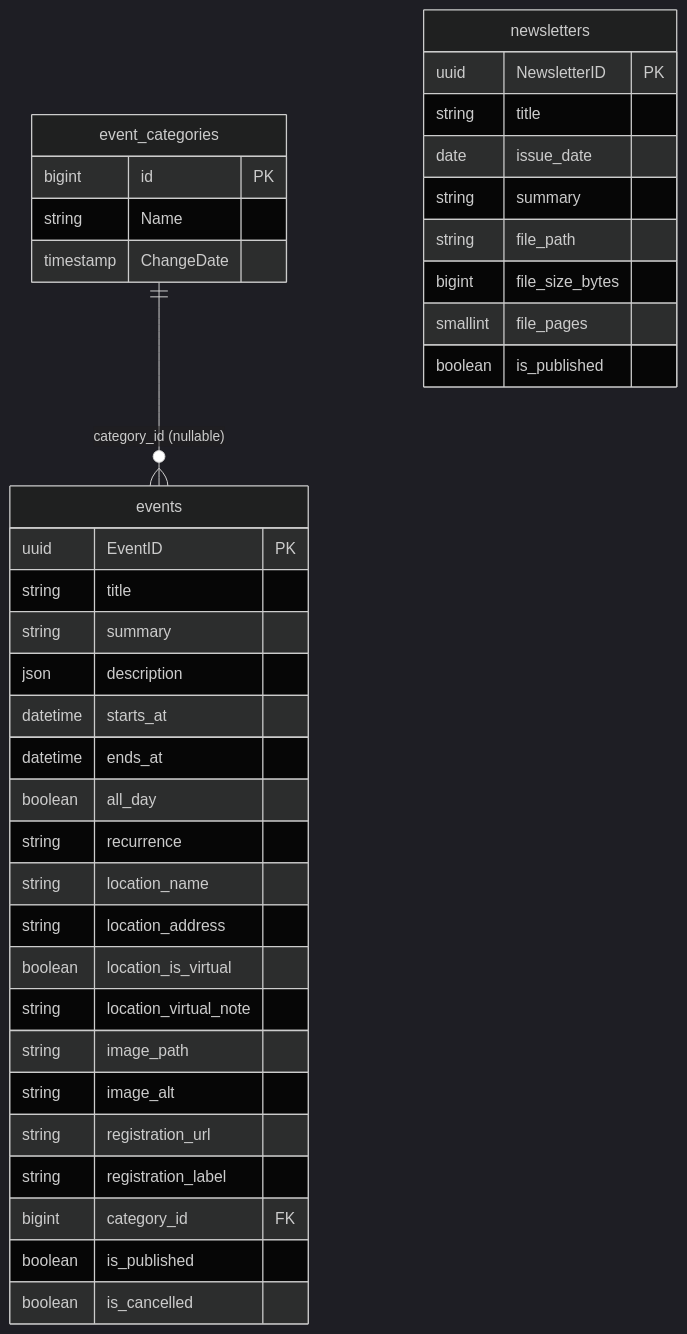
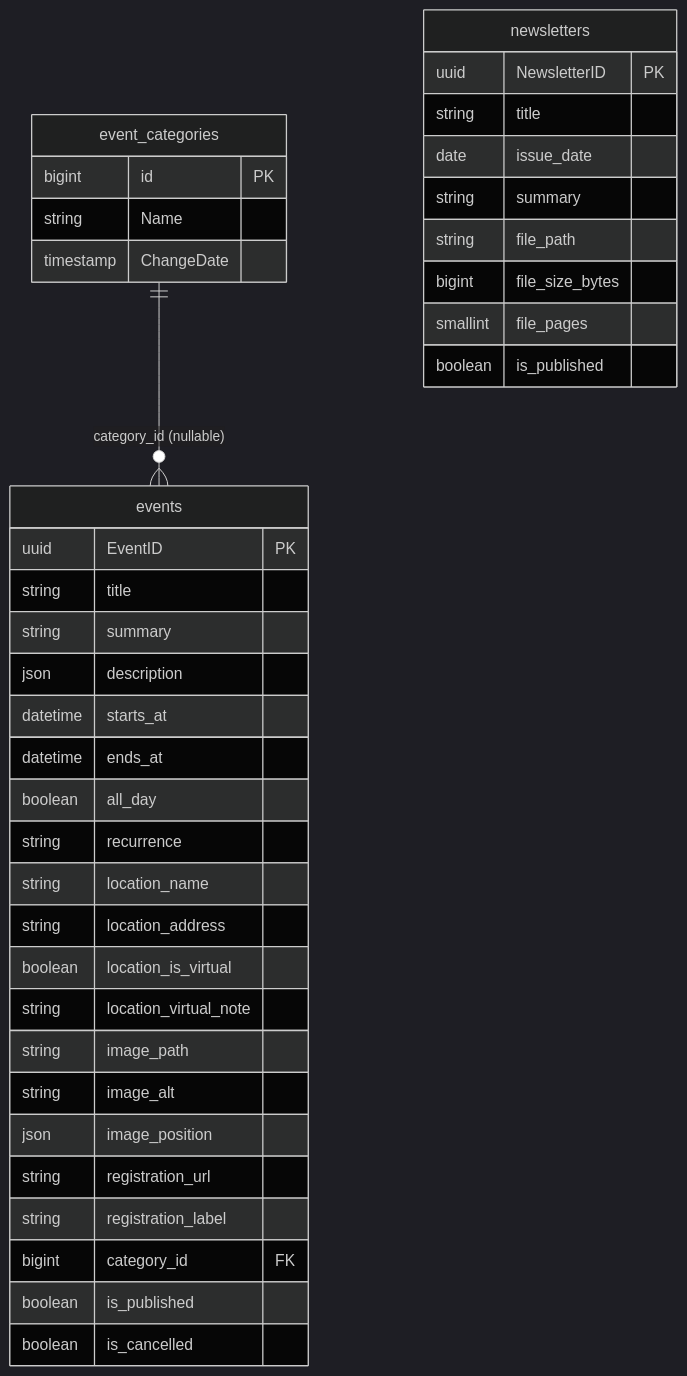
The third of 3 diagrams in Schema_Reference.md (bhuddlez2/HarborSafeProject), drawn with Mermaid (dark theme) before and after one commit. The commit also changed 19 other files, not shown here.

````diff
--- a/Schema_Reference.md
+++ b/Schema_Reference.md
@@ -349,41 +349,42 @@
 ```mermaid
 erDiagram
     event_categories {
         bigint id PK
         string Name
         timestamp ChangeDate
     }
     events {
         uuid EventID PK
         string title
         string summary
         json description
         datetime starts_at
         datetime ends_at
         boolean all_day
         string recurrence
         string location_name
         string location_address
         boolean location_is_virtual
         string location_virtual_note
         string image_path
         string image_alt
+        json image_position
         string registration_url
         string registration_label
         bigint category_id FK
         boolean is_published
         boolean is_cancelled
     }
     newsletters {
         uuid NewsletterID PK
         string title
         date issue_date
         string summary
         string file_path
         bigint file_size_bytes
         smallint file_pages
         boolean is_published
     }
 
     event_categories ||--o{ events : "category_id (nullable)"
 ```
````
